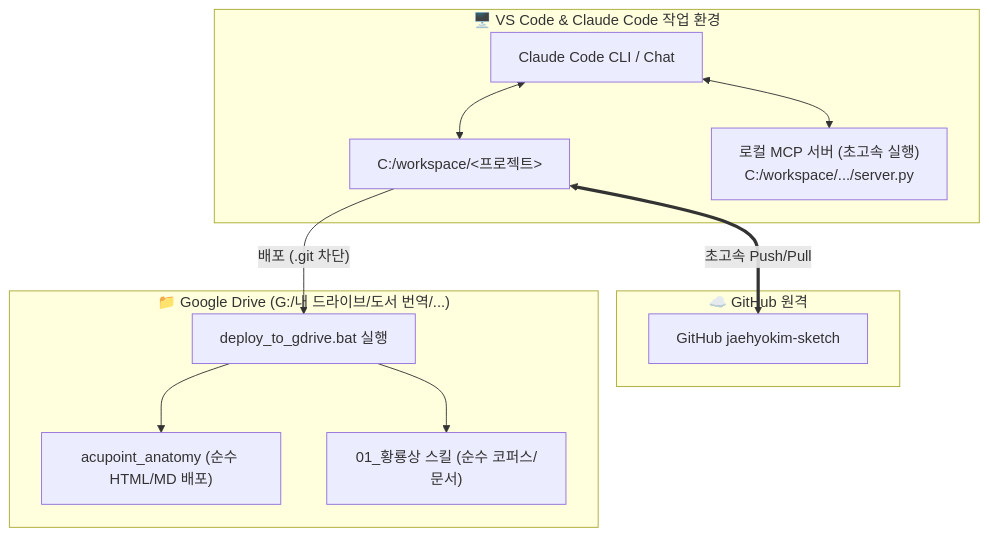
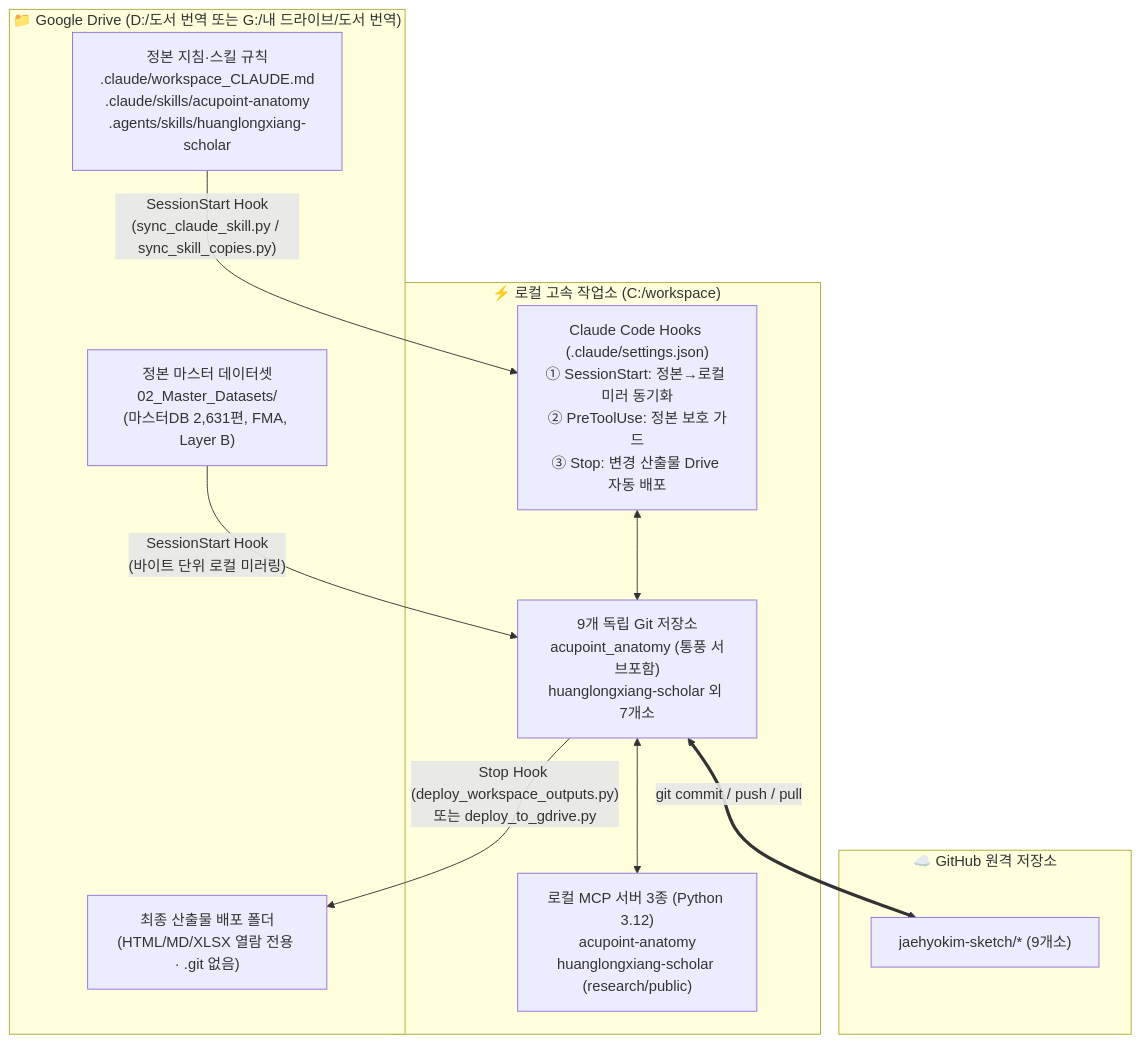
One commit to jaehyokim-sketch/acupoint_anatomy changed the diagram in docs/VSCode_ClaudeCode_Git_로컬분리_설정가이드.md. Above: the diagram before and after it, drawn with Mermaid. The commit also changed other lines of this file and 1 other file, not shown here.

First line of the commit message:
docs: Git 저장소 로컬 분리 설정 가이드 v1.4 현행화

````diff
--- a/docs/VSCode_ClaudeCode_Git_로컬분리_설정가이드.md
+++ b/docs/VSCode_ClaudeCode_Git_로컬분리_설정가이드.md
@@ -16,23 +55,25 @@
 ```mermaid
-graph TD
-    subgraph VSCode["🖥️ VS Code & Claude Code 작업 환경"]
-        CC["Claude Code CLI / Chat"]
-        WS["C:/workspace/<프로젝트>"]
-        MCP["로컬 MCP 서버 (초고속 실행)<br>C:/workspace/.../server.py"]
-        CC <--> MCP
-        CC <--> WS
+flowchart TD
+    subgraph Drive["📁 Google Drive (D:/도서 번역 또는 G:/내 드라이브/도서 번역)"]
+        CanonRules["정본 지침·스킬 규칙<br>.claude/workspace_CLAUDE.md<br>.claude/skills/acupoint-anatomy<br>.agents/skills/huanglongxiang-scholar"]
+        CanonDB["정본 마스터 데이터셋<br>02_Master_Datasets/<br>(마스터DB 2,631편, FMA, Layer B)"]
+        DriveOut["최종 산출물 배포 폴더<br>(HTML/MD/XLSX 열람 전용 · .git 없음)"]
     end
 
-    subgraph GitHub["☁️ GitHub 원격"]
-        WS <==>|"초고속 Push/Pull"| GH["GitHub jaehyokim-sketch"]
+    subgraph LocalWS["⚡ 로컬 고속 작업소 (C:/workspace)"]
+        Hooks["Claude Code Hooks (.claude/settings.json)<br>① SessionStart: 정본→로컬 미러 동기화<br>② PreToolUse: 정본 보호 가드<br>③ Stop: 변경 산출물 Drive 자동 배포"]
+        Repos["9개 독립 Git 저장소<br>acupoint_anatomy (통풍 서브포함)<br>huanglongxiang-scholar 외 7개소"]
+        MCP["로컬 MCP 서버 3종 (Python 3.12)<br>acupoint-anatomy<br>huanglongxiang-scholar (research/public)"]
     end
 
-    subgraph GDrive["📁 Google Drive (G:/내 드라이브/도서 번역/...)"]
-        Deploy["deploy_to_gdrive.bat 실행"]
-        GD_Acu["acupoint_anatomy (순수 HTML/MD 배포)"]
-        GD_Hlx["01_황룡상 스킬 (순수 코퍼스/문서)"]
-        WS -->|"배포 (.git 차단)"| Deploy
-        Deploy --> GD_Acu
-        Deploy --> GD_Hlx
+    subgraph GitHub["☁️ GitHub 원격 저장소"]
+        GH["jaehyokim-sketch/* (9개소)"]
     end
+
+    CanonRules -->|"SessionStart Hook<br>(sync_claude_skill.py / sync_skill_copies.py)"| Hooks
+    CanonDB -->|"SessionStart Hook<br>(바이트 단위 로컬 미러링)"| Repos
+    Hooks <--> Repos
+    Repos <--> MCP
+    Repos <==>|"git commit / push / pull"| GH
+    Repos -->|"Stop Hook (deploy_workspace_outputs.py)<br>또는 deploy_to_gdrive.py"| DriveOut
 ```
````
